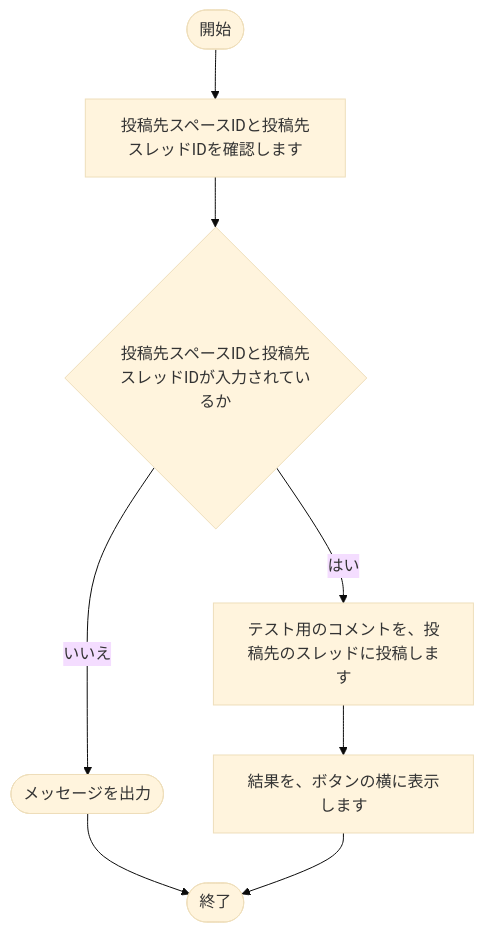
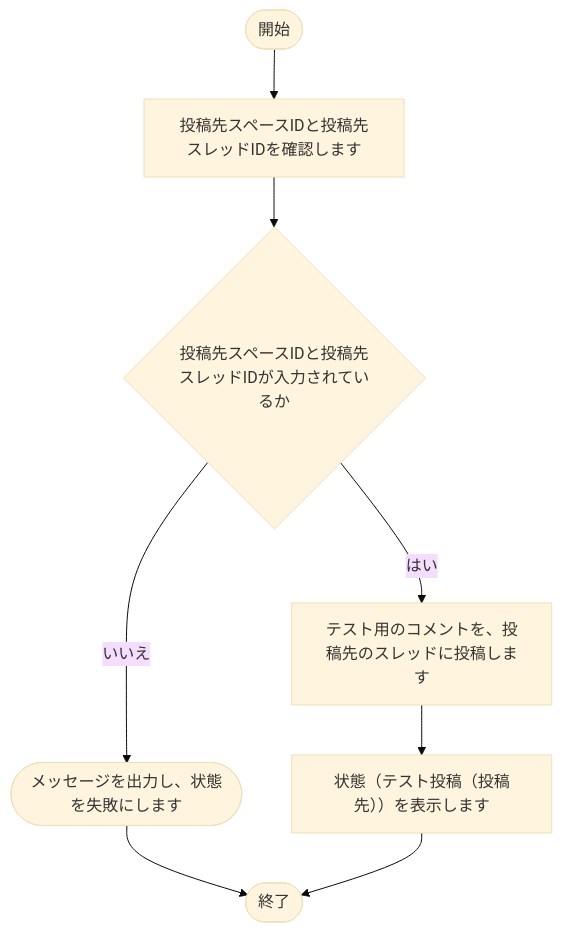
One commit to nishida2073/project_management changed diagram 20 of 25 in tool/kintone-aggregator/doc/02_設計/処理フロー.md. Above: the diagram before and after it, drawn with Mermaid (base theme). The commit also changed other lines of this file and 11 other files, not shown here.

````diff
--- a/tool/kintone-aggregator/doc/02_設計/処理フロー.md
+++ b/tool/kintone-aggregator/doc/02_設計/処理フロー.md
@@ -513,17 +513,17 @@
 ```mermaid
 flowchart TD
     S(["開始"])
     E(["終了"])
     N1["投稿先スペースIDと投稿先スレッドIDを確認します"]
     S --> N1
     N2{"投稿先スペースIDと投稿先スレッドIDが入力されているか"}
-    X2(["メッセージを出力"])
+    X2(["メッセージを出力し、状態を失敗にします"])
     X2 --> E
     N2 -- いいえ --> X2
     N1 --> N2
     N3["テスト用のコメントを、投稿先のスレッドに投稿します"]
     N2 -- はい --> N3
-    N4["結果を、ボタンの横に表示します"]
+    N4["状態（テスト投稿（投稿先））を表示します"]
     N3 --> N4
     N4 --> E
 ```
````
